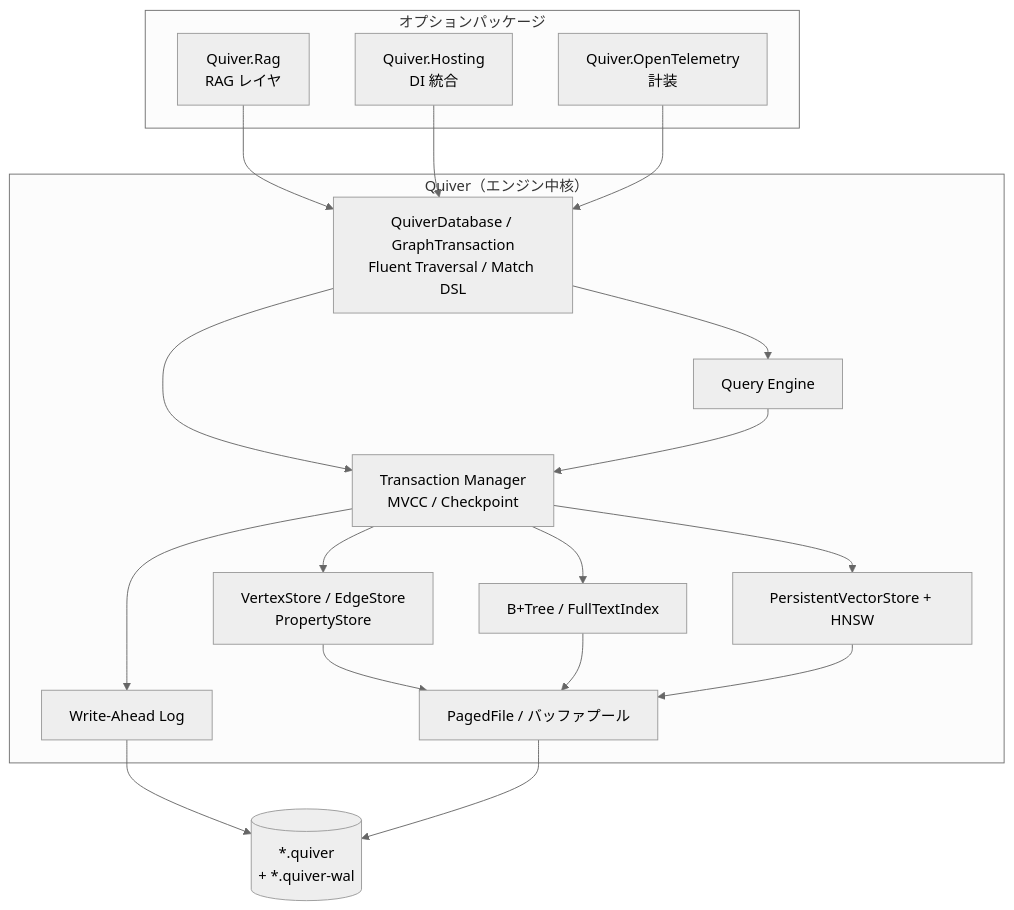
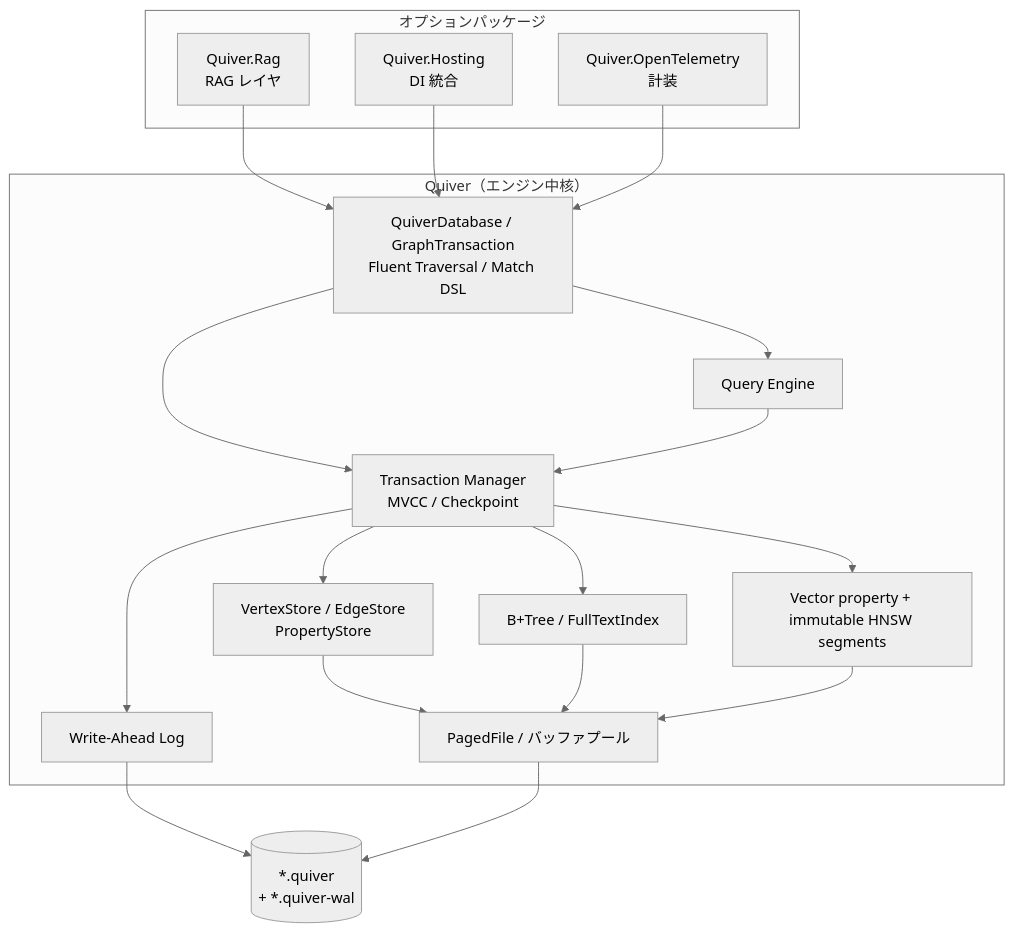
The first of 5 diagrams in docs/architecture-diagrams.md (delicioustuna/Quiver), drawn with Mermaid (neutral theme) before and after one commit. The commit also changed 113 other files, not shown here.

First line of the commit message:
feat(vector): publish snapshot-visible immutable segments

````diff
--- a/docs/architecture-diagrams.md
+++ b/docs/architecture-diagrams.md
@@ -12,38 +12,38 @@
 ```mermaid
 flowchart TB
     subgraph optional["オプションパッケージ"]
         Rag["Quiver.Rag<br/>RAG レイヤ"]
         Hosting["Quiver.Hosting<br/>DI 統合"]
         OTel["Quiver.OpenTelemetry<br/>計装"]
     end
 
     subgraph core["Quiver（エンジン中核）"]
         API["QuiverDatabase / GraphTransaction<br/>Fluent Traversal / Match DSL"]
         Query["Query Engine"]
         TxMgr["Transaction Manager<br/>MVCC / Checkpoint"]
         Index["B+Tree / FullTextIndex"]
         Records["VertexStore / EdgeStore<br/>PropertyStore"]
-        Vector["PersistentVectorStore + HNSW"]
+        Vector["Vector property + immutable HNSW segments"]
         WAL["Write-Ahead Log"]
         Storage["PagedFile / バッファプール"]
     end
 
     File[("*.quiver<br/>+ *.quiver-wal")]
 
     Rag --> API
     Hosting --> API
     OTel --> API
 
     API --> Query
     API --> TxMgr
     Query --> TxMgr
     TxMgr --> WAL
     TxMgr --> Records
     TxMgr --> Index
     TxMgr --> Vector
     Records --> Storage
     Index --> Storage
     Vector --> Storage
     WAL --> File
     Storage --> File
 ```
````
